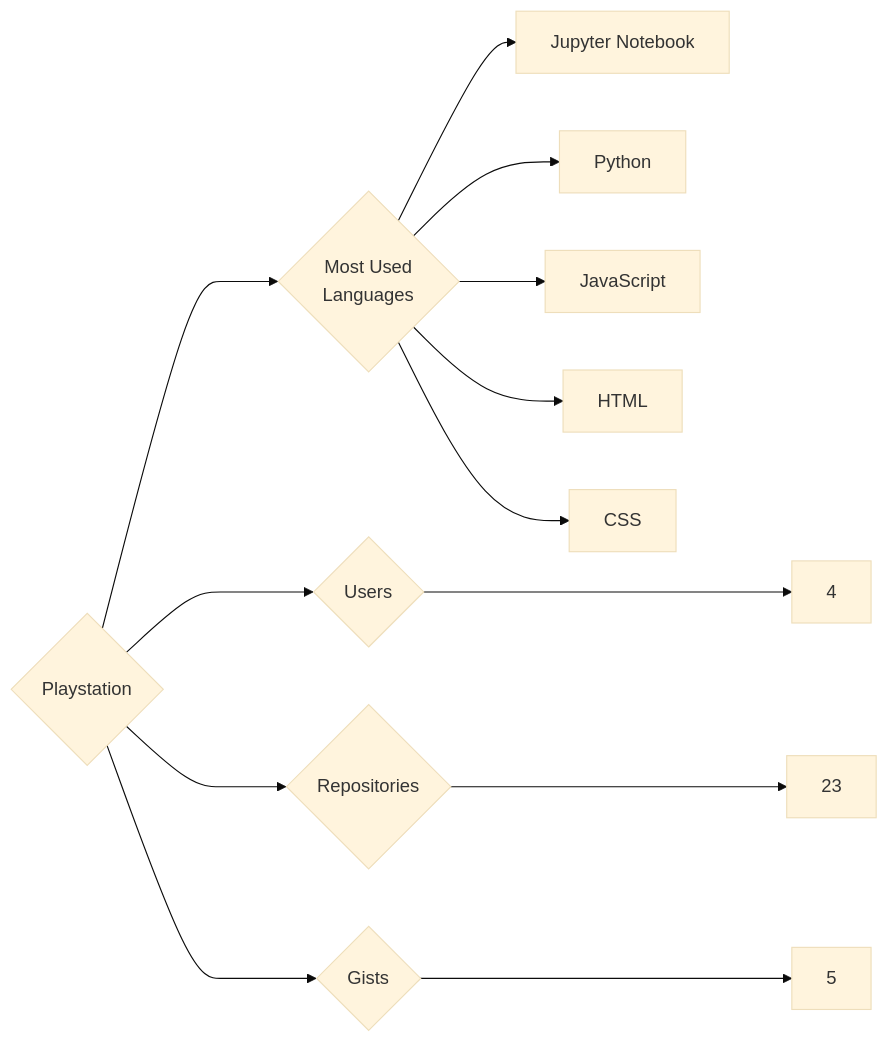
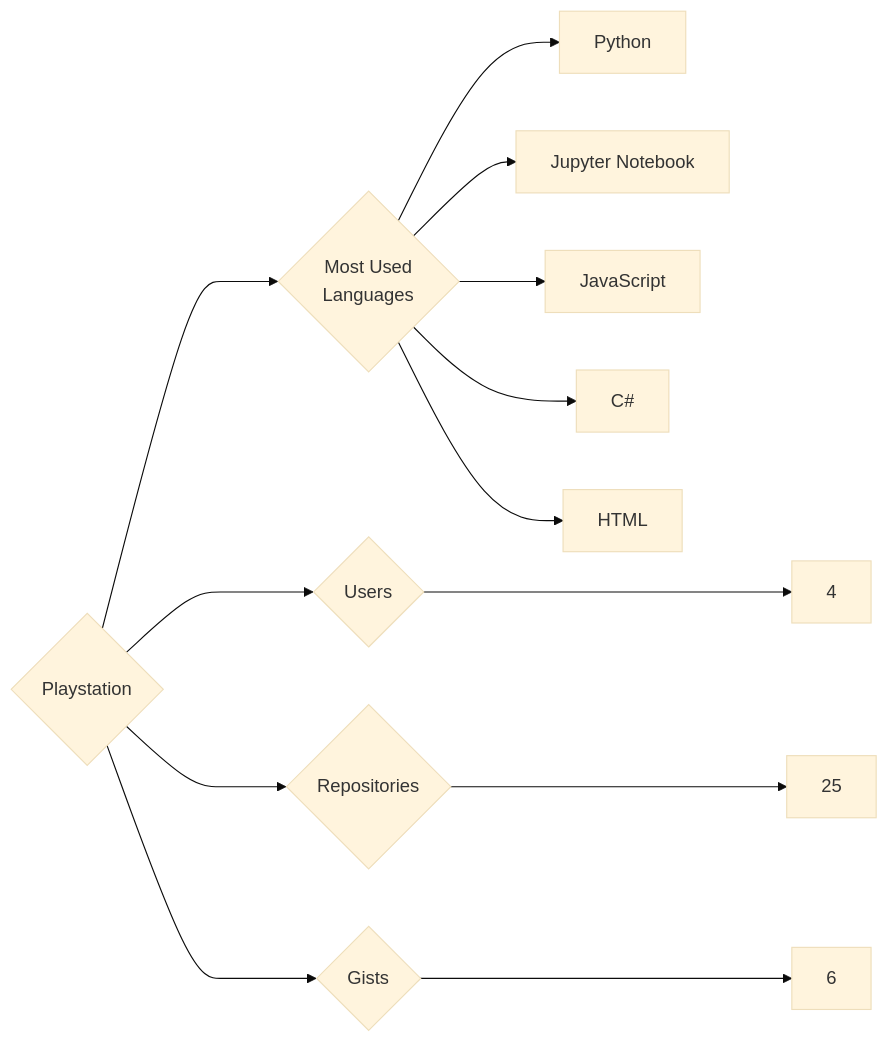
The diagram in targets/Playstation/README.md (trickest/insiders), drawn with Mermaid (base theme) before and after one commit. The commit also changed 970 other files, not shown here.

````diff
--- a/targets/Playstation/README.md
+++ b/targets/Playstation/README.md
@@ -3,13 +3,13 @@
 ```mermaid
 graph LR
 COMPANY_NAME{Playstation}
 COMPANY_NAME ---> U{Users} ---> UN[4]
-COMPANY_NAME ---> R{Repositories} ---> RN[23]
-COMPANY_NAME ---> G{Gists} ---> GN[5]
+COMPANY_NAME ---> R{Repositories} ---> RN[25]
+COMPANY_NAME ---> G{Gists} ---> GN[6]
 COMPANY_NAME ---> ML{Most Used<br>Languages}
+ML --> Python[Python]
 ML --> Jupyter_Notebook[Jupyter Notebook]
-ML --> Python[Python]
 ML --> JavaScript[JavaScript]
+ML --> C#[C#]
 ML --> HTML[HTML]
-ML --> CSS[CSS]
 ```
````
